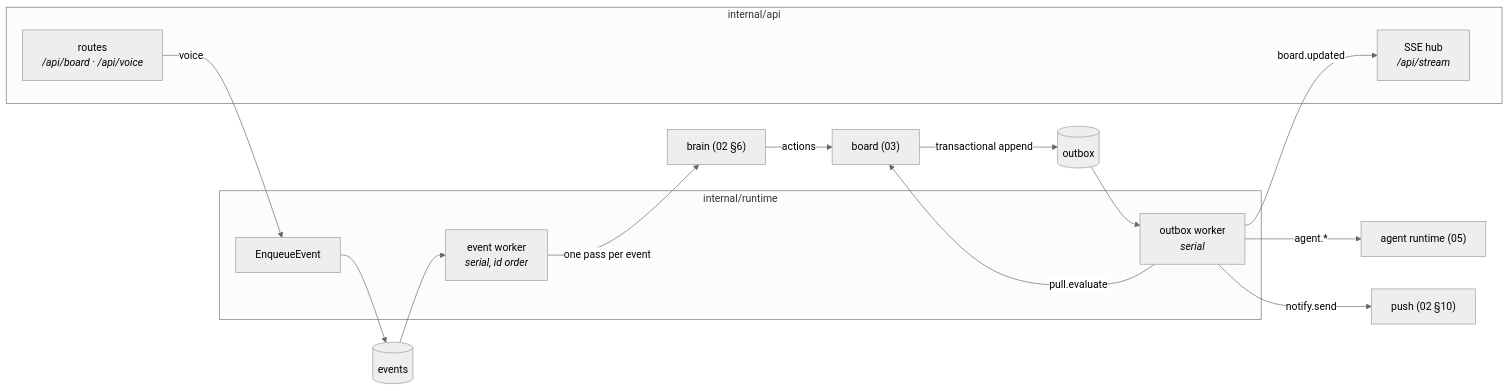
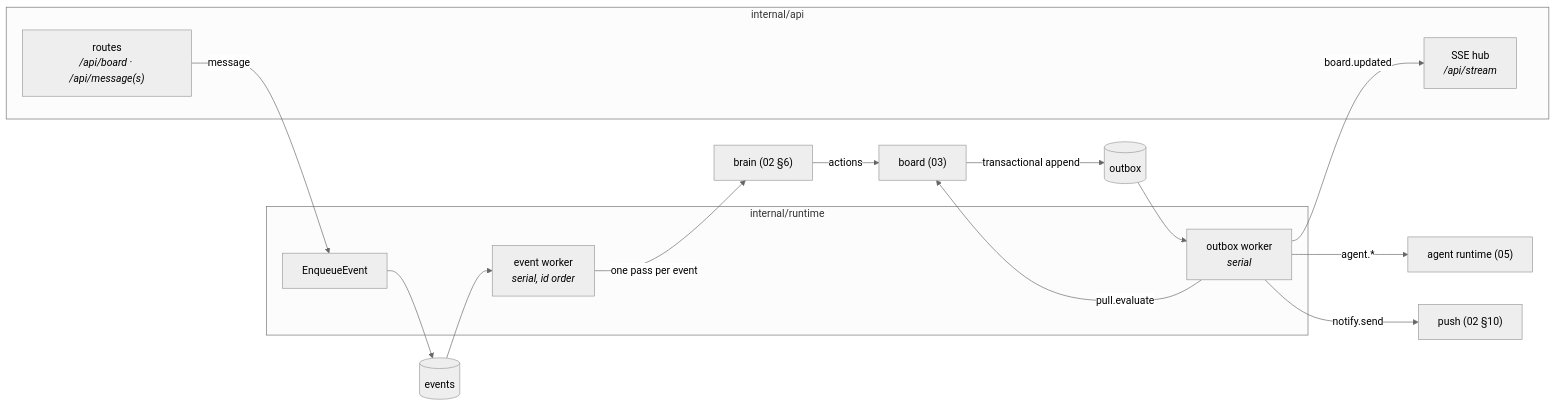
One commit to crabtree-michael/kiln changed the diagram in docs/specs/04-runtime-and-api.md. Above: the diagram before and after it, drawn with Mermaid (neutral theme). The commit also changed other lines of this file and 13 other files, not shown here.

````diff
--- a/docs/specs/04-runtime-and-api.md
+++ b/docs/specs/04-runtime-and-api.md
@@ -203,25 +203,25 @@
 ```mermaid
 flowchart LR
     subgraph api["internal/api"]
-        routes["routes<br/><i>/api/board · /api/voice</i>"]
+        routes["routes<br/><i>/api/board · /api/message(s)</i>"]
         hub["SSE hub<br/><i>/api/stream</i>"]
     end
     subgraph runtime["internal/runtime"]
         evw["event worker<br/><i>serial, id order</i>"]
         obw["outbox worker<br/><i>serial</i>"]
         enq["EnqueueEvent"]
     end
     evq[("events")]
     obq[("outbox")]
 
-    routes -->|voice| enq
+    routes -->|message| enq
     enq --> evq
     evq --> evw -->|one pass per event| brain["brain (02 §6)"]
     brain -->|actions| board["board (03)"]
     board -->|transactional append| obq
     obq --> obw
     obw -->|agent.*| agent["agent runtime (05)"]
     obw -->|pull.evaluate| board
     obw -->|notify.send| push["push (02 §10)"]
     obw -->|board.updated| hub
 ```
````
